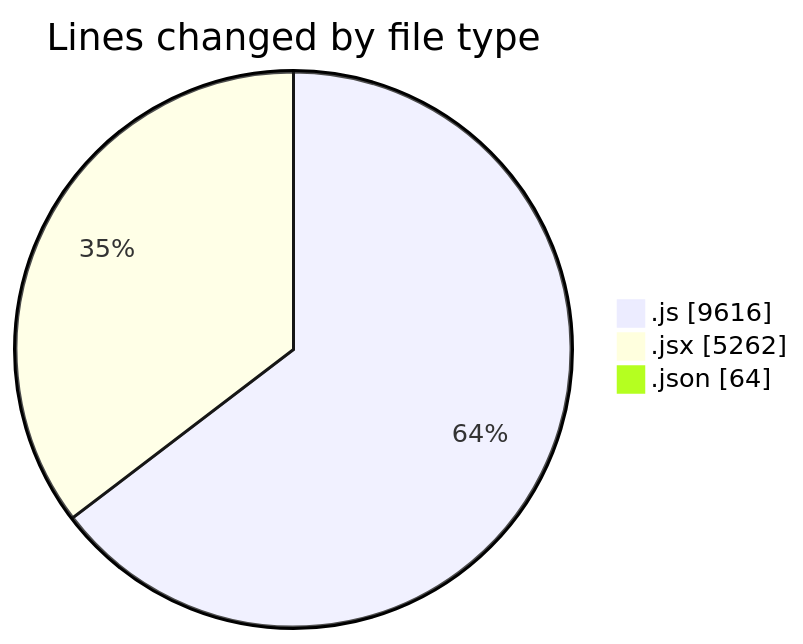
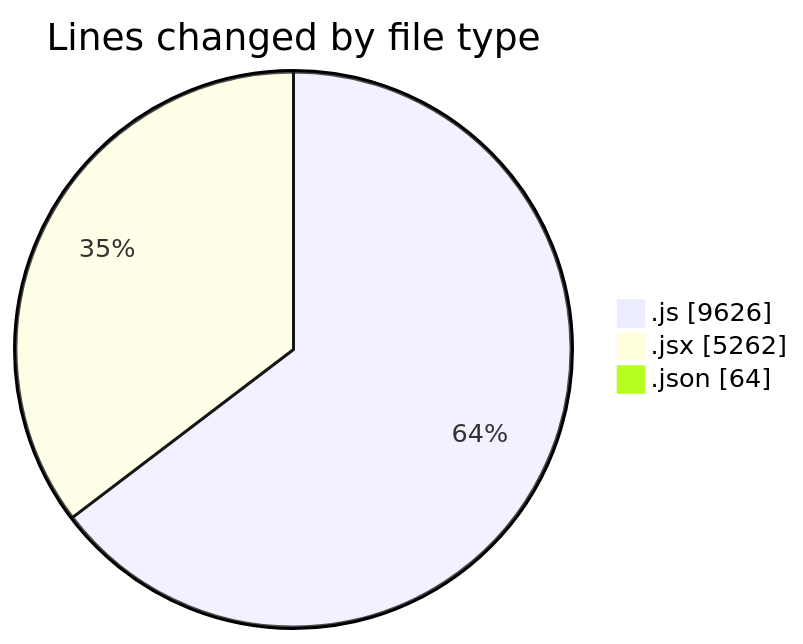
Before and after one commit to nxtqubesakshisongat/code-tracking: the first of 2 diagrams in 2025-08-07/nxtqube_webapp/README.md, drawn with Mermaid. The commit also changed other lines of this file and 1 other file, not shown here.

````diff
--- a/2025-08-07/nxtqube_webapp/README.md
+++ b/2025-08-07/nxtqube_webapp/README.md
@@ -25,7 +25,7 @@
 ```mermaid
 pie showData
 title Lines changed by file type
-".js" : 9616
+".js" : 9626
 ".jsx" : 5262
 ".json" : 64
 ```
````
